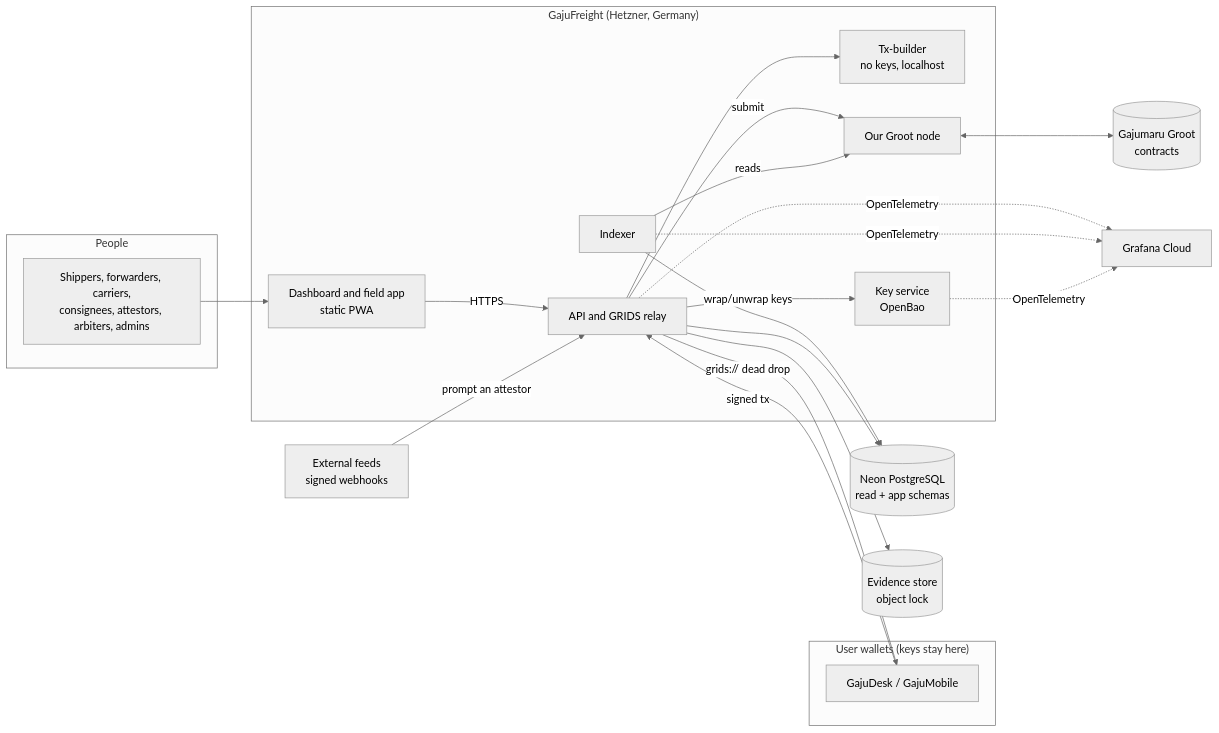
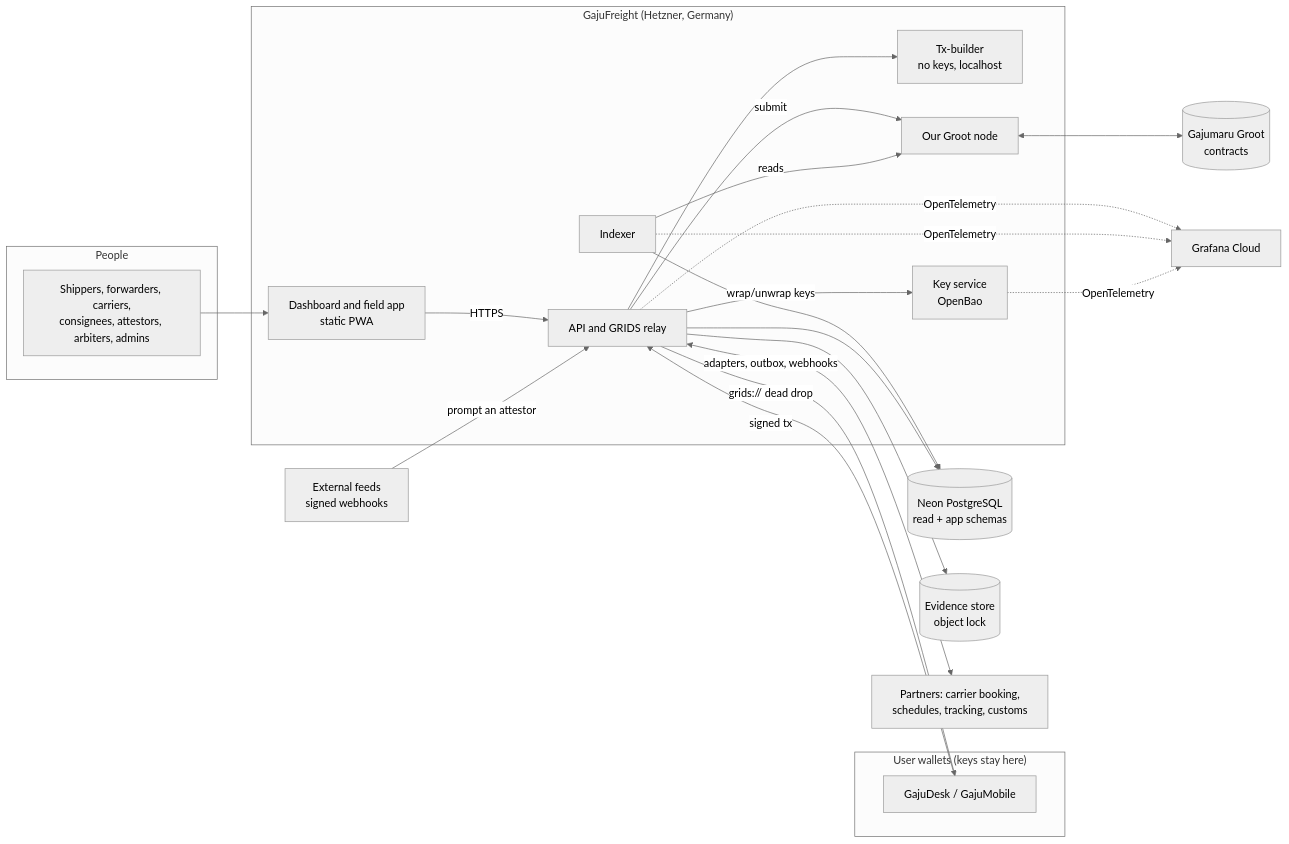
One commit to shanepreater/gajufreight changed the first of 4 diagrams in docs/hld.md. Above: the diagram before and after it, drawn with Mermaid (neutral theme). The commit also changed other lines of this file and 15 other files, not shown here.

````diff
--- a/docs/hld.md
+++ b/docs/hld.md
@@ -240,37 +240,39 @@
 ```mermaid
 flowchart LR
   subgraph People
     U[Shippers, forwarders, carriers,<br/>consignees, attestors, arbiters, admins]
   end
   subgraph Wallets["User wallets (keys stay here)"]
     W[GajuDesk / GajuMobile]
   end
   subgraph App["GajuFreight (Hetzner, Germany)"]
     D[Dashboard and field app<br/>static PWA]
     A[API and GRIDS relay]
     T[Tx-builder<br/>no keys, localhost]
     I[Indexer]
     K[Key service<br/>OpenBao]
     N[Our Groot node]
   end
   P[(Neon PostgreSQL<br/>read + app schemas)]
   E[(Evidence store<br/>object lock)]
   G[Grafana Cloud]
   C[(Gajumaru Groot<br/>contracts)]
   F[External feeds<br/>signed webhooks]
+  X[Partners: carrier booking,<br/>schedules, tracking, customs]
 
   U --> D
   D -->|HTTPS| A
   A --> T
   A -->|"grids:// dead drop"| W
   W -->|signed tx| A
   A -->|submit| N
   N <--> C
   I -->|reads| N
   I --> P
   A --> P
   A --> E
   A -->|wrap/unwrap keys| K
   F -->|prompt an attestor| A
+  A <-->|adapters, outbox, webhooks| X
   A & I & K -.->|OpenTelemetry| G
 ```
````
